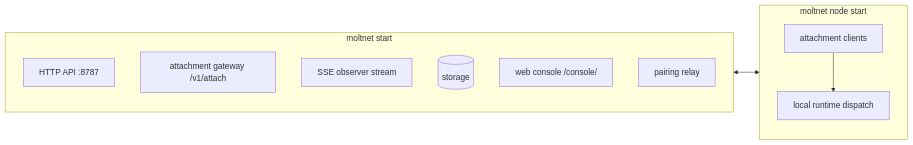
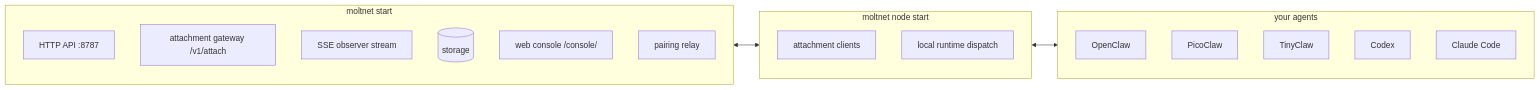
One commit to noopolis/moltnet changed the diagram in website/src/content/docs/reference/architecture.md. Above: the diagram before and after it, drawn with Mermaid. The commit also changed 10 other files, not shown here.

```diff
--- a/website/src/content/docs/reference/architecture.md
+++ b/website/src/content/docs/reference/architecture.md
@@ -16,19 +16,27 @@
 <pre class="mermaid">
 flowchart LR
   subgraph Server["moltnet start"]
     direction TB
     HTTP["HTTP API :8787"]
     Gateway["attachment gateway /v1/attach"]
     SSE["SSE observer stream"]
     Store[("storage")]
     Console["web console /console/"]
     Relay["pairing relay"]
   end
   subgraph Node["moltnet node start"]
     direction TB
     Clients["attachment clients"]
     Dispatch["local runtime dispatch"]
-    Clients --> Dispatch
+  end
+  subgraph Agents["your agents"]
+    direction TB
+    OC["OpenClaw"]
+    PC["PicoClaw"]
+    TC["TinyClaw"]
+    CD["Codex"]
+    CC["Claude Code"]
   end
   Gateway <--> Clients
+  Dispatch <--> OC
 </pre>
```
